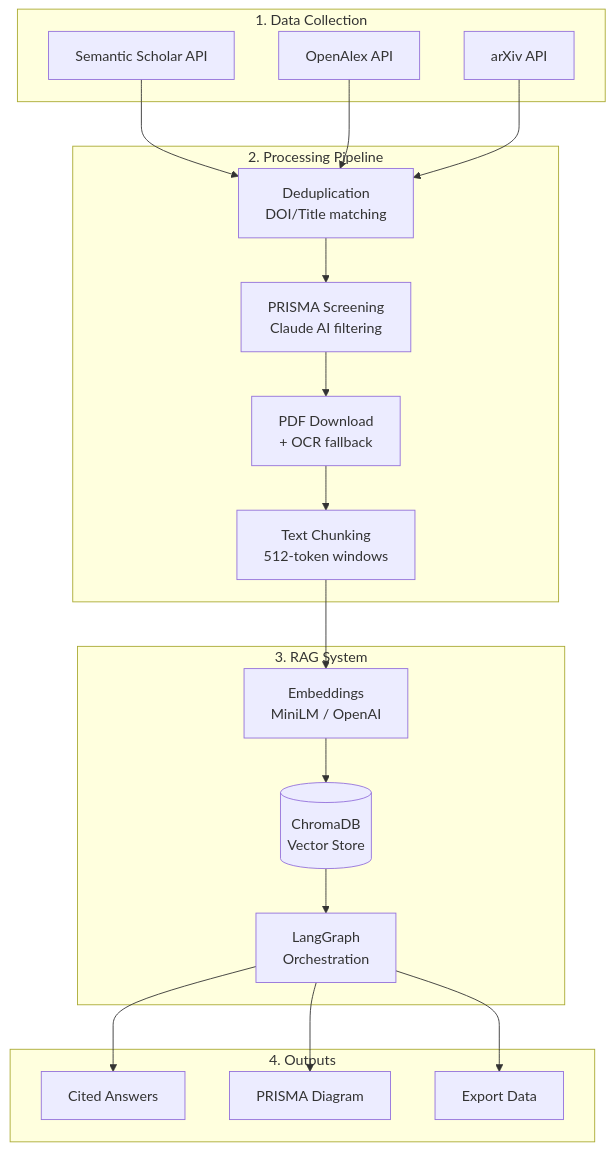
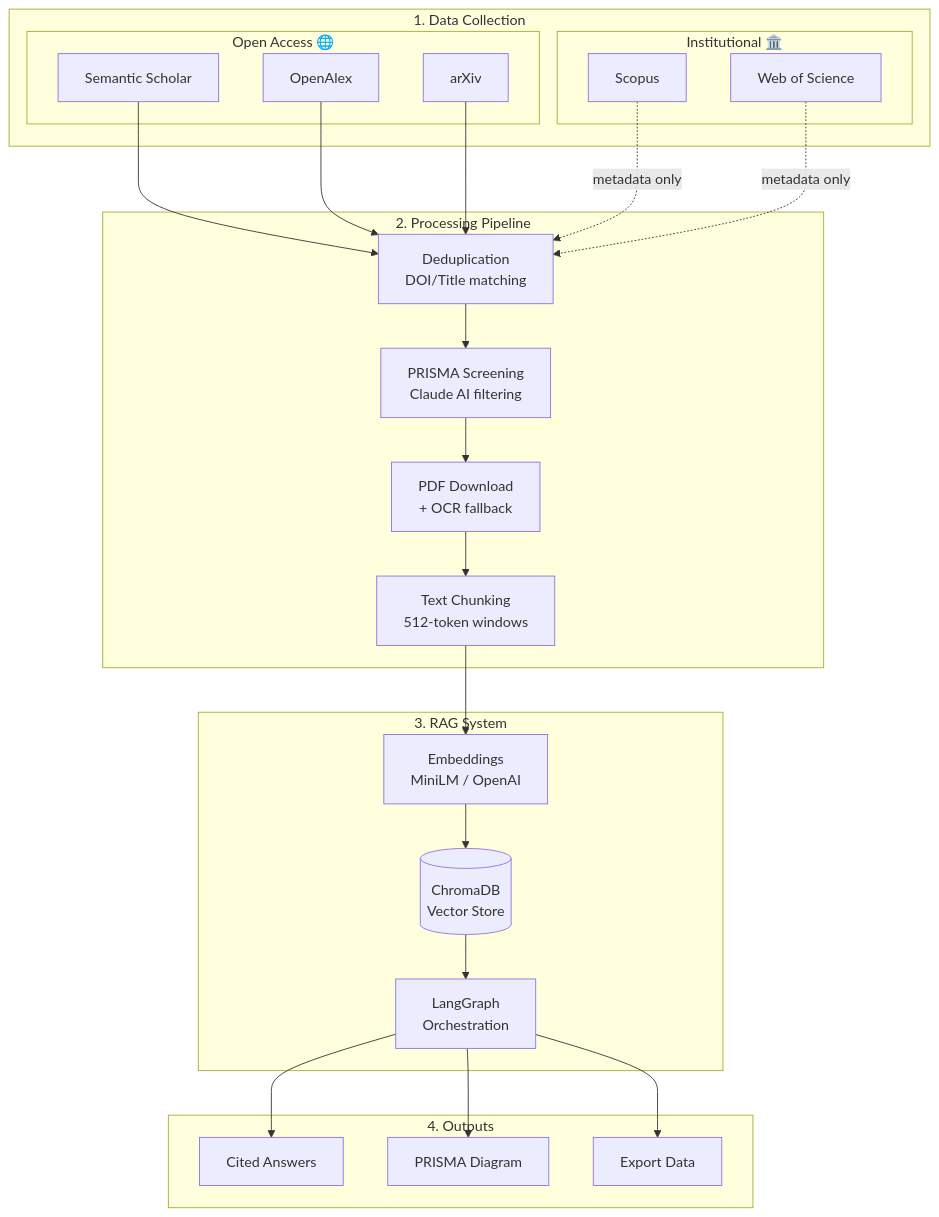
The diagram in README.md (HosungYou/ScholaRAG), drawn with Mermaid before and after one commit. The commit also changed other lines of this file and 3 other files, not shown here.

First line of the commit message:
feat: Add institutional database selection protocol (Scopus/WoS)

````diff
--- a/README.md
+++ b/README.md
@@ -71,30 +71,38 @@
 ```mermaid
 flowchart TB
     subgraph Data["1. Data Collection"]
-        A1[Semantic Scholar API]
-        A2[OpenAlex API]
-        A3[arXiv API]
+        subgraph OpenAccess["Open Access 🌐"]
+            A1[Semantic Scholar]
+            A2[OpenAlex]
+            A3[arXiv]
+        end
+        subgraph Institutional["Institutional 🏛️"]
+            A4[Scopus]
+            A5[Web of Science]
+        end
     end
 
     subgraph Process["2. Processing Pipeline"]
         B[Deduplication<br/>DOI/Title matching]
         C[PRISMA Screening<br/>Claude AI filtering]
         D[PDF Download<br/>+ OCR fallback]
         E[Text Chunking<br/>512-token windows]
     end
 
     subgraph RAG["3. RAG System"]
         F[Embeddings<br/>MiniLM / OpenAI]
         G[(ChromaDB<br/>Vector Store)]
         H[LangGraph<br/>Orchestration]
     end
 
     subgraph Output["4. Outputs"]
         I[Cited Answers]
         J[PRISMA Diagram]
         K[Export Data]
     end
 
-    A1 & A2 & A3 --> B --> C --> D --> E --> F --> G --> H
+    A1 & A2 & A3 --> B
+    A4 & A5 -.->|metadata only| B
+    B --> C --> D --> E --> F --> G --> H
     H --> I & J & K
 ```
````
